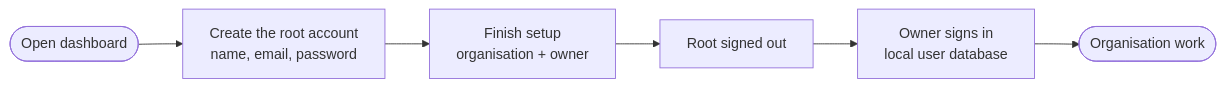
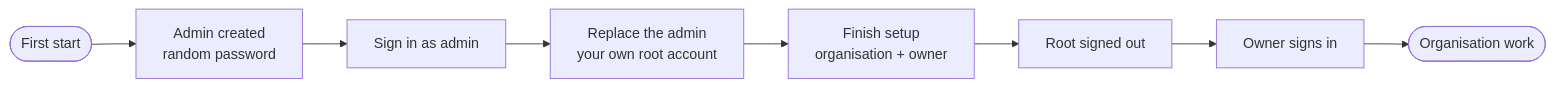
Before and after one commit to astrona-io/codesynapse: the diagram in docs/operations/first-run.md, drawn with Mermaid. The commit also changed other lines of this file and 31 other files, not shown here.

First line of the commit message:
feat(accounts): create an admin at first start and let operators replace and reset it (#181)

````diff
--- a/docs/operations/first-run.md
+++ b/docs/operations/first-run.md
@@ -15,8 +27,10 @@
 ```mermaid
 flowchart LR
-    open([Open dashboard]) --> signup[Create the root account<br/>name, email, password]
-    signup --> setup[Finish setup<br/>organisation + owner]
+    start([First start]) --> auto[Admin created<br/>random password]
+    auto --> login[Sign in as admin]
+    login --> replace[Replace the admin<br/>your own root account]
+    replace --> setup[Finish setup<br/>organisation + owner]
     setup --> out[Root signed out]
-    out --> login[Owner signs in<br/>local user database]
-    login --> work([Organisation work])
+    out --> owner[Owner signs in]
+    owner --> work([Organisation work])
 ```
````
